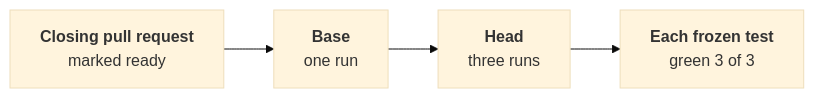
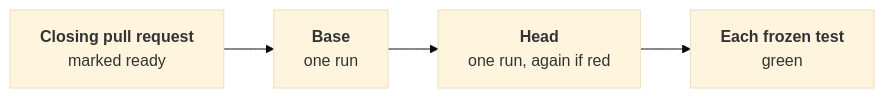
One commit to JN0V/workline changed the diagram in roles/tester/docs/green-proof.md. Above: the diagram before and after it, drawn with Mermaid (base theme). The commit also changed other lines of this file and 5 other files, not shown here.

````diff
--- a/roles/tester/docs/green-proof.md
+++ b/roles/tester/docs/green-proof.md
@@ -12,8 +12,8 @@
 ```mermaid
 flowchart LR
   pr["<b>Closing pull request</b><br/>marked ready"]
   base["<b>Base</b><br/>one run"]
-  head["<b>Head</b><br/>three runs"]
-  out["<b>Each frozen test</b><br/>green 3 of 3"]
+  head["<b>Head</b><br/>one run, again if red"]
+  out["<b>Each frozen test</b><br/>green"]
   pr --> base --> head --> out
 ```
````
